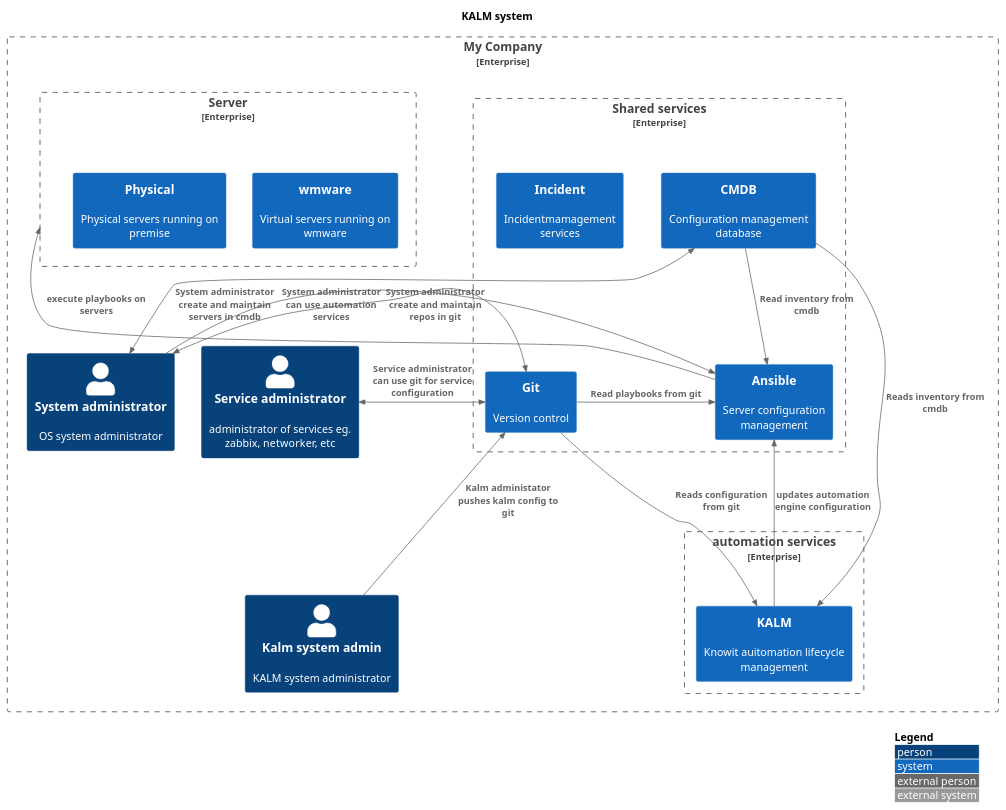
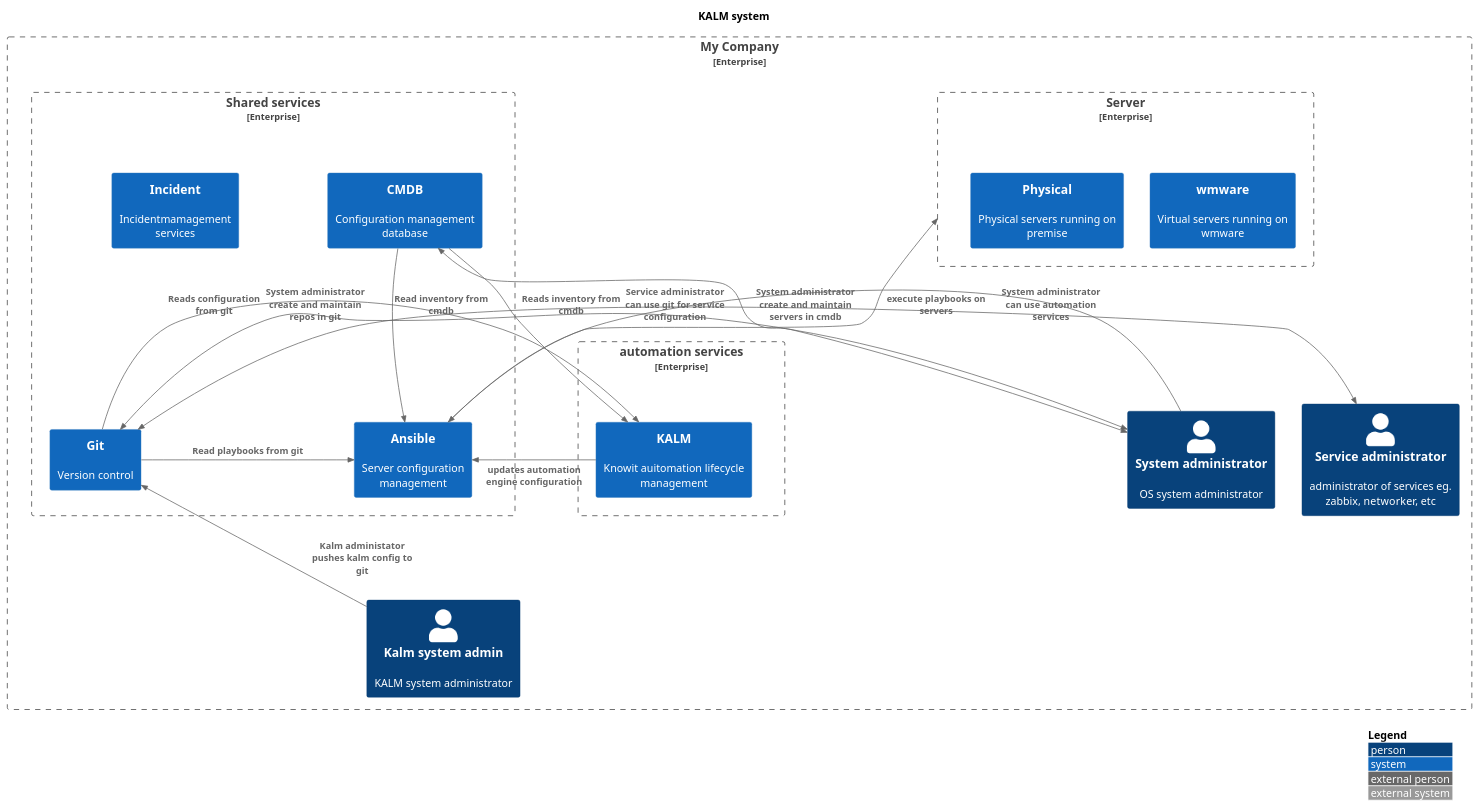
One commit to JakobHolstDK/infowall changed the diagram in diagrams/kalm.puml. Above: the diagram before and after it, drawn with PlantUML.

Commit message:
no write

```diff
--- a/diagrams/kalm.puml
+++ b/diagrams/kalm.puml
@@ -1,67 +1,68 @@
 @startuml
 !include https://raw.githubusercontent.com/plantuml-stdlib/C4-PlantUML/master/C4_Context.puml
 
 ' uncomment the following line and comment the first to use locally
 ' !include C4_Context.puml
 
 LAYOUT_TOP_DOWN()
 'LAYOUT_AS_SKETCH()
 LAYOUT_WITH_LEGEND()
 
 
 title   KALM system
 
 
 Enterprise_Boundary(c0, "My Company", "My awesome organisation") {
 
 Person(kalmadmin, "Kalm system admin", "KALM system administrator")
 Person(systemadmin, "System administrator", "OS system administrator")
 Person(serviceadmin, "Service administrator", "administrator of services eg. zabbix, networker, etc")
 Enterprise_Boundary(c2, "Server ", "Virtuelle servere") {
     System(vmware, "wmware", "Virtual servers running on wmware")
     System(physicalservers, "Physical", "Physical servers running on premise")
 }
 
 Enterprise_Boundary(c3, "Shared services", "Shared services in the organisation") {
     System(cmdb, "CMDB", "Configuration management database")
     System(automation, "Ansible", "Server configuration management")
     System(git, "Git", "Version control")
     System(incident, "Incident", "Incidentmamagement services")
 }
 
 Enterprise_Boundary(c1, "automation services", "Automation services") {
     System(kalm, "KALM", "Knowit auitomation lifecycle management")
 }
 
 
 }
 
 Lay_L(serviceadmin, systemadmin)
 Lay_R(serviceadmin, kalmadmin)
+Lay_L(c1, c3)
+Lay_R(c1, c2)
 
 
 
 
 Rel_Neighbor(git, automation, "Read playbooks from git")
 Rel_D(cmdb, automation, "Read inventory from cmdb")
 Rel_U(automation, c2 , "execute playbooks on servers")
 
 
 Rel_U(kalmadmin, git, "Kalm administator pushes kalm config to git")
 
 Rel_U(systemadmin, automation, "System administrator can use automation services")
 BiRel_R(systemadmin, git, "System administrator create and maintain repos in git")
 BiRel_L(systemadmin, cmdb, "System administrator create and maintain servers in cmdb")
 BiRel_D(serviceadmin, git, "Service administrator can use git for service configuration")
 
 
 
 
 
 Rel_D(cmdb, kalm, "Reads inventory from cmdb")
 Rel_D(git, kalm, "Reads configuration from git")
-
 Rel_L(kalm, automation, "updates automation engine configuration")
 
 
 @enduml
```
